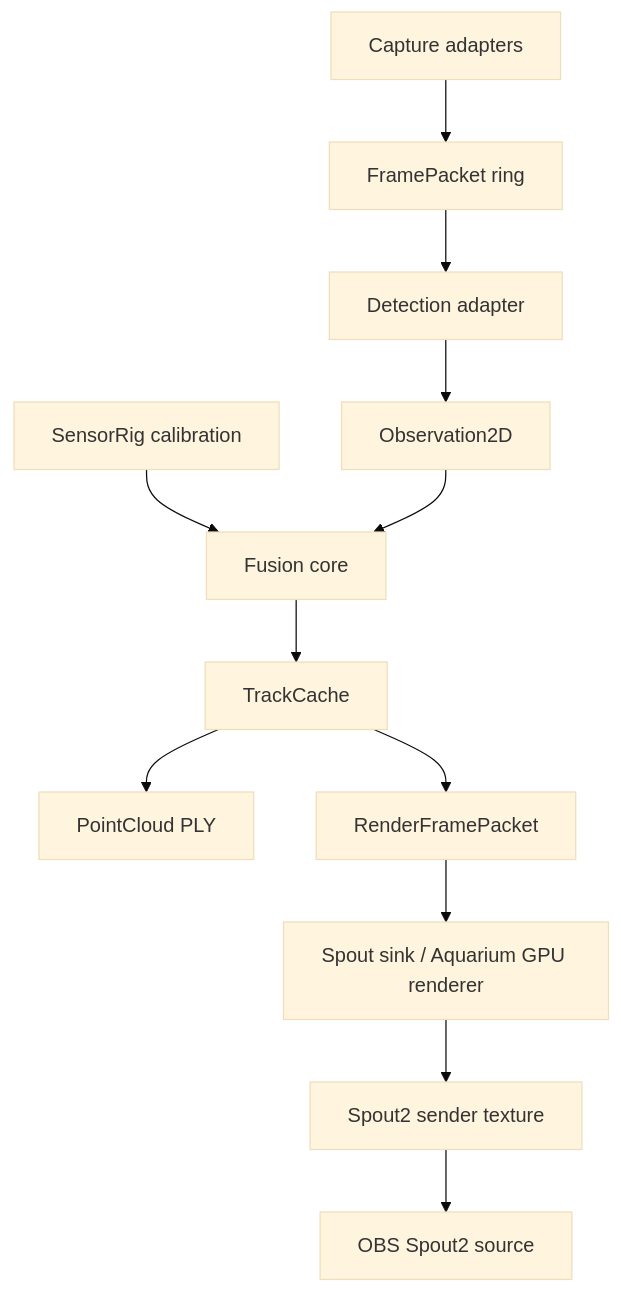
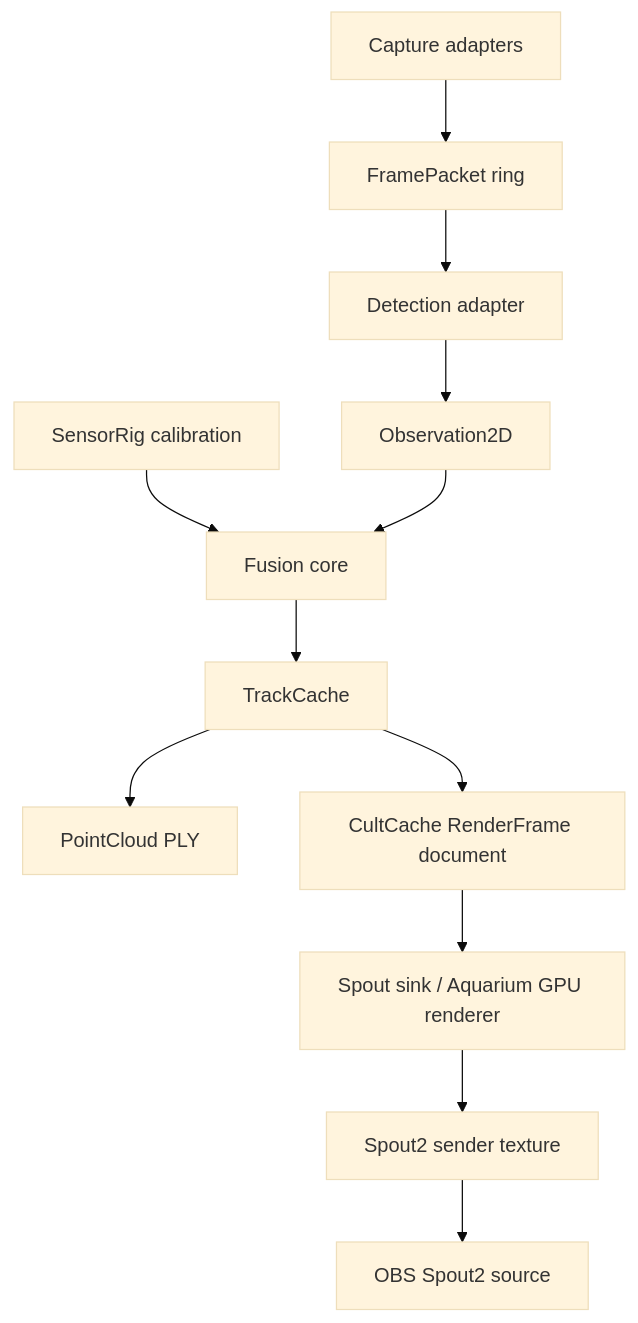
The diagram in docs/sensor-fusion-architecture.md (GameCult/Mimir), drawn with Mermaid (base theme) before and after one commit. The commit also changed other lines of this file and 13 other files, not shown here.

Commit message:
Add typed visual CultCache pipeline

````diff
--- a/docs/sensor-fusion-architecture.md
+++ b/docs/sensor-fusion-architecture.md
@@ -30,14 +30,14 @@
 ```mermaid
 flowchart TD
     A["Capture adapters"] --> B["FramePacket ring"]
     B --> C["Detection adapter"]
     C --> D["Observation2D"]
     E["SensorRig calibration"] --> F["Fusion core"]
     D --> F
     F --> G["TrackCache"]
     G --> H["PointCloud PLY"]
-    G --> I["RenderFramePacket"]
+    G --> I["CultCache RenderFrame document"]
     I --> J["Spout sink / Aquarium GPU renderer"]
     J --> K["Spout2 sender texture"]
     K --> L["OBS Spout2 source"]
 ```
````
